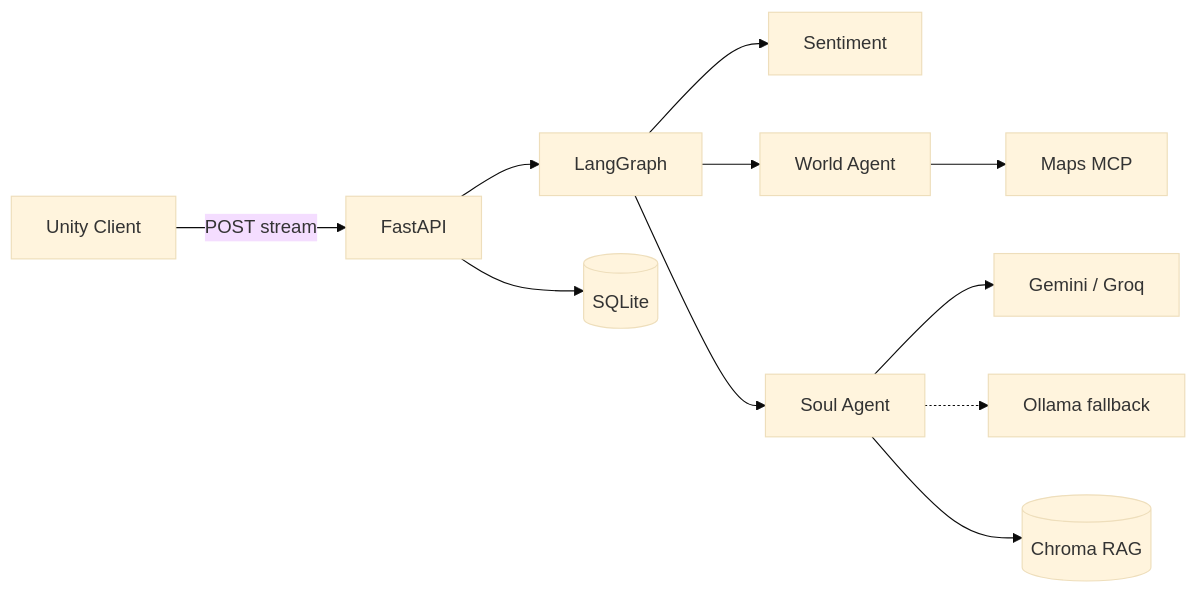
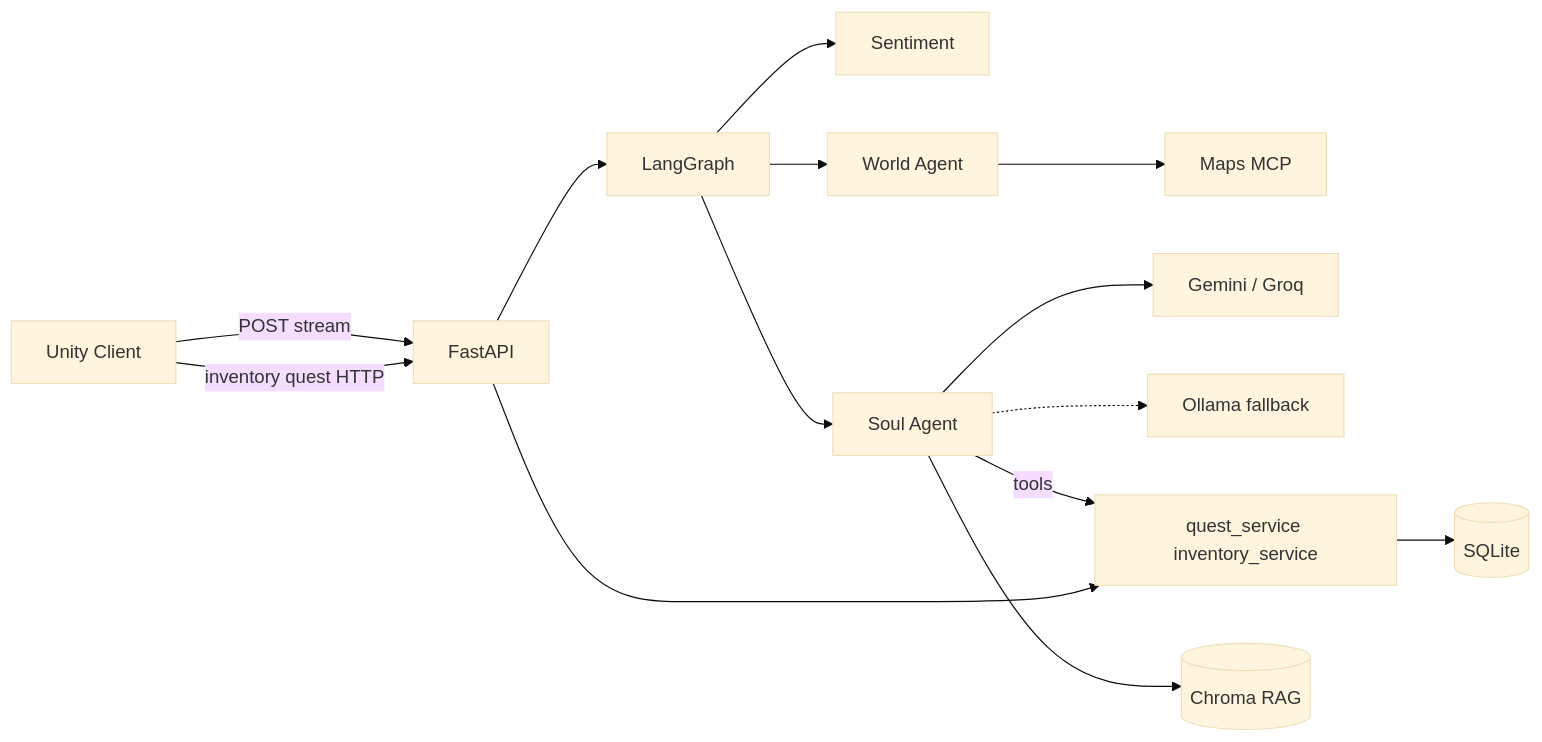
One commit to bshcl/nebula changed the diagram in README.md. Above: the diagram before and after it, drawn with Mermaid (base theme). The commit also changed other lines of this file and 1 other file, not shown here.

First line of the commit message:
docs: align Phase 1 README with inventory and quest loop (#31)

````diff
--- a/README.md
+++ b/README.md
@@ -16,13 +16,16 @@
 ```mermaid
 flowchart LR
     Unity[Unity Client] -->|POST stream| API[FastAPI]
+    Unity -->|inventory quest HTTP| API
     API --> LG[LangGraph]
     LG --> A[Sentiment]
     LG --> W[World Agent]
     LG --> S[Soul Agent]
     W --> MCP[Maps MCP]
     S --> LLM[Gemini / Groq]
     S -.-> Ollama[Ollama fallback]
-    API --> DB[(SQLite)]
+    S -->|tools| Svc[quest_service inventory_service]
+    API --> Svc
+    Svc --> DB[(SQLite)]
     S --> RAG[(Chroma RAG)]
 ```
````
